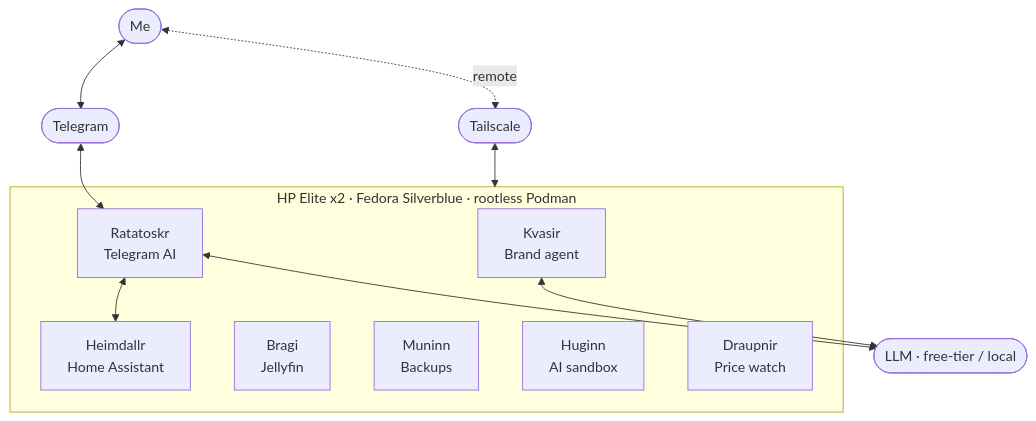
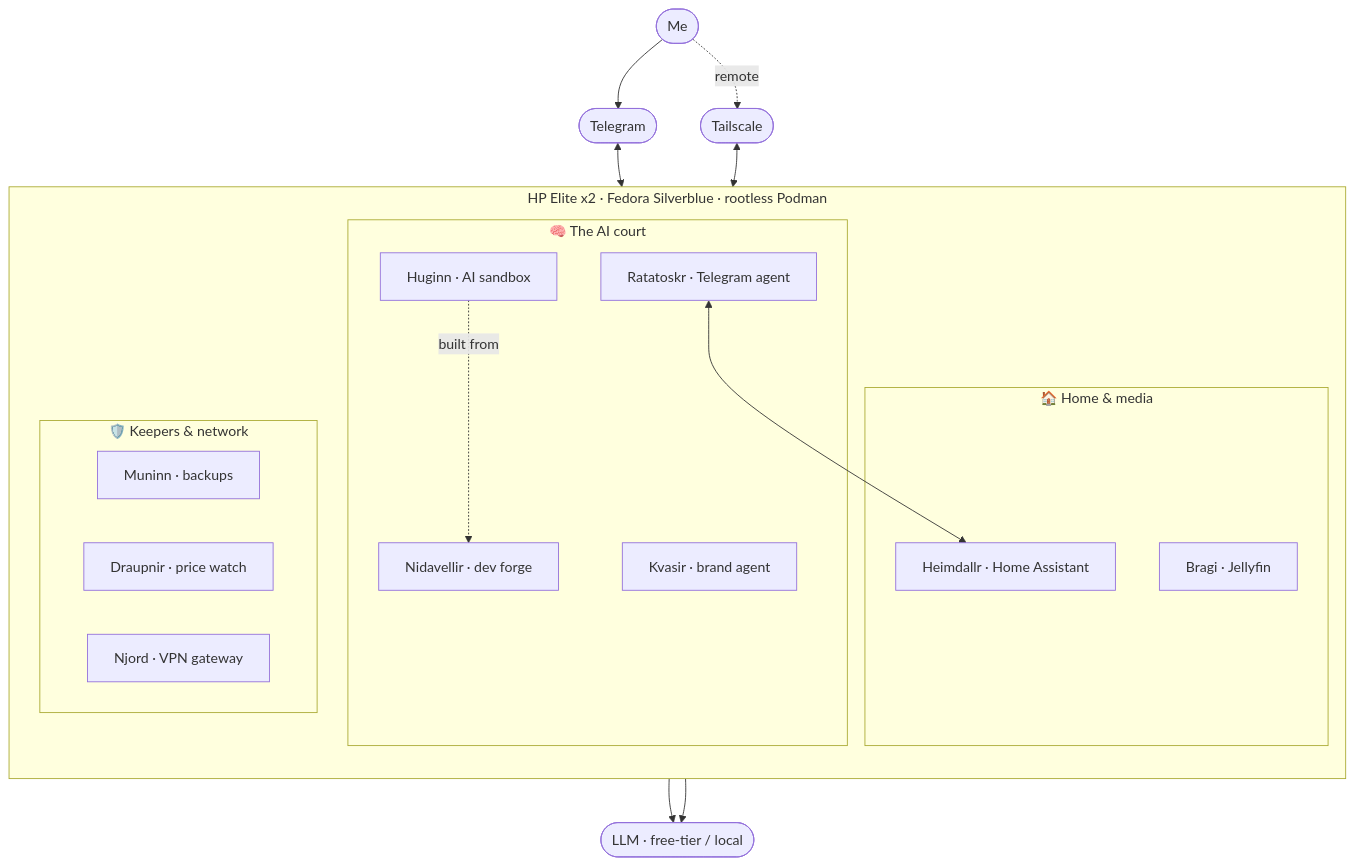
The diagram in README.md (IvanDF/yggdrasil), drawn with Mermaid before and after one commit. The commit also changed other lines of this file, not shown here.

Commit message:
Rework architecture: grouped realms (home/AI court/keepers), add Nidavellir & Njord (VPN gateway), tiered diagram
Claude-Session: https://claude.ai/code/session_012ufG5WtBi8FZv2mGTMSa8A

````diff
--- a/README.md
+++ b/README.md
@@ -41,21 +55,34 @@
 ```mermaid
 flowchart TB
-    user([Me]) <--> TG([Telegram])
-    user <-.remote.-> TS([Tailscale])
+    me([Me]) --> TG([Telegram])
+    me -. remote .-> TS([Tailscale])
+
+    subgraph host["HP Elite x2 · Fedora Silverblue · rootless Podman"]
+        direction TB
+
+        subgraph home["🏠 Home &amp; media"]
+            H[Heimdallr · Home Assistant]
+            B[Bragi · Jellyfin]
+        end
+
+        subgraph court["🧠 The AI court"]
+            R[Ratatoskr · Telegram agent]
+            K[Kvasir · brand agent]
+            HU[Huginn · AI sandbox]
+            NID[Nidavellir · dev forge]
+        end
+
+        subgraph keep["🛡️ Keepers &amp; network"]
+            M[Muninn · backups]
+            D[Draupnir · price watch]
+            NJ[Njord · VPN gateway]
+        end
+    end
+
     TG <--> R
     TS <--> host
-
-    subgraph host["HP Elite x2 · Fedora Silverblue · rootless Podman"]
-        H[Heimdallr<br/>Home Assistant]
-        B[Bragi<br/>Jellyfin]
-        M[Muninn<br/>Backups]
-        R[Ratatoskr<br/>Telegram AI]
-        K[Kvasir<br/>Brand agent]
-        HU[Huginn<br/>AI sandbox]
-        D[Draupnir<br/>Price watch]
-    end
-
     R <--> H
-    R <--> LLM([LLM · free-tier / local])
-    K <--> LLM
+    R --> LLM([LLM · free-tier / local])
+    K --> LLM
+    HU -. built from .-> NID
 ```
````
